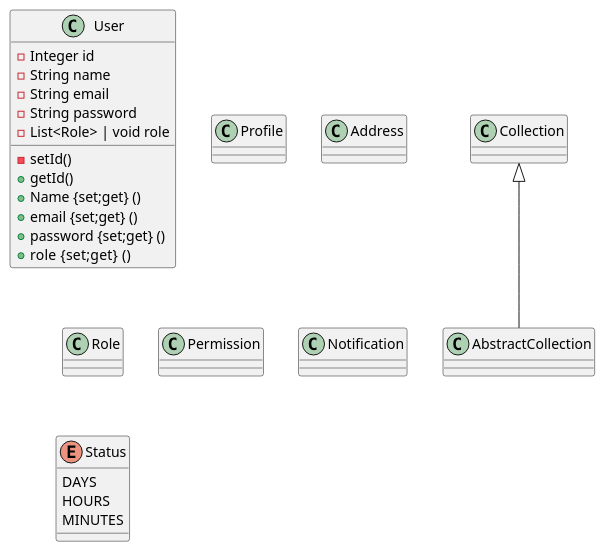
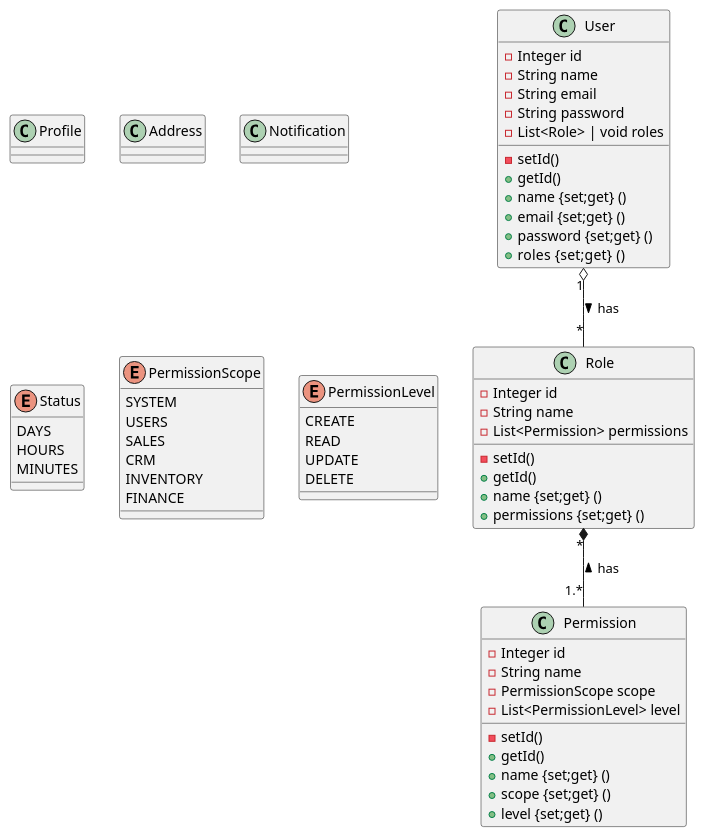
One commit to ines-erp/knowledgebase changed the diagram in Diagrams/2 - Classes/UserCreation.puml. Above: the diagram before and after it, drawn with PlantUML.

Commit message:
defining classes permissions and roles

```diff
--- a/Diagrams/2 - Classes/UserCreation.puml
+++ b/Diagrams/2 - Classes/UserCreation.puml
@@ -1,39 +1,79 @@
 @startuml
 'https://plantuml.com/class-diagram
 
 class User{
     - Integer id
     - String name
     - String email
     - String password
-    - List<Role> | void role
+    - List<Role> | void roles
+
     - setId()
     + getId()
-    + Name {set;get} ()
+    + name {set;get} ()
     + email {set;get} ()
     + password {set;get} ()
-    + role  {set;get} ()
+    + roles  {set;get} ()
+}
+
+class Role {
+    - Integer id
+    - String name
+    - List<Permission> permissions
+
+    - setId()
+    + getId()
+    + name {set;get} ()
+    + permissions {set;get} ()
+}
+
+class Permission{
+    - Integer id
+    - String name
+    - PermissionScope scope
+    - List<PermissionLevel> level
+
+    - setId()
+    + getId()
+    + name {set;get} ()
+    + scope {set;get} ()
+    + level {set;get} ()
 }
 
 class Profile{
 
 }
+
 class Address
 
-class Role
-class Permission
+
 class Notification
 
 
-
-
-Collection <|-- AbstractCollection
+User "1"  o-- "*" Role : > has
+Role "*" *-- "1.*" Permission : < has
 
 
 enum Status {
-DAYS
-HOURS
-MINUTES
+    DAYS
+    HOURS
+    MINUTES
+}
+
+enum PermissionScope{
+    SYSTEM
+    USERS
+    SALES
+    CRM
+    INVENTORY
+    FINANCE
+}
+
+enum PermissionLevel{
+    CREATE
+    READ
+    UPDATE
+    DELETE
 }
 
 @enduml
```
